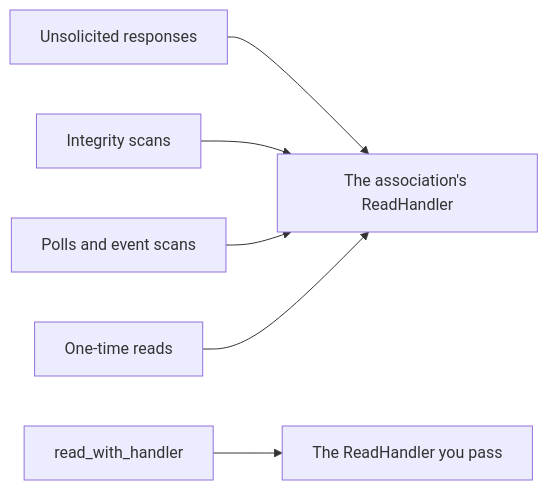
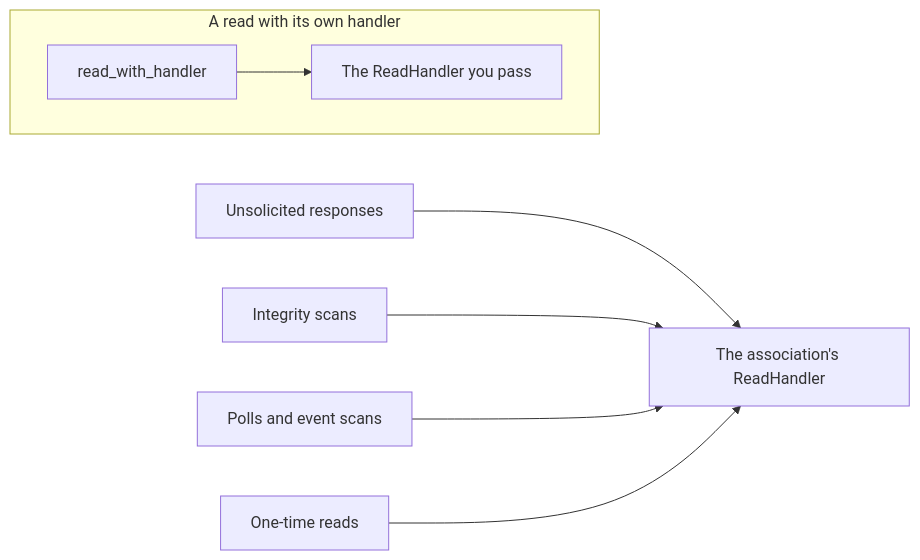
Before and after one commit to stepfunc/dnp3: the diagram in guide/docs/api/master/read_handler.mdx, drawn with Mermaid. The commit also changed other lines of this file and 39 other files, not shown here.

````diff
--- a/guide/docs/api/master/read_handler.mdx
+++ b/guide/docs/api/master/read_handler.mdx
@@ -18,8 +18,11 @@
 ```mermaid
 flowchart LR
     unsol[Unsolicited responses] --> assoc[The association's ReadHandler]
     integrity[Integrity scans] --> assoc
     polls[Polls and event scans] --> assoc
     reads[One-time reads] --> assoc
-    custom_read[read_with_handler] --> custom[The ReadHandler you pass]
+    subgraph own [A read with its own handler]
+        direction LR
+        custom_read[read_with_handler] --> custom[The ReadHandler you pass]
+    end
 ```
````
